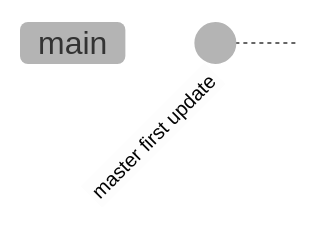
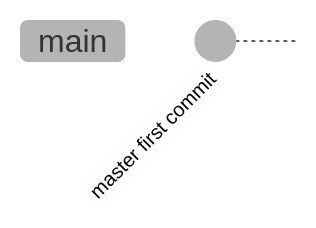
The sixth of 14 diagrams in _posts/software/git/2024-09-24-命令.md (dmjcb/dmjcb.github.io), drawn with Mermaid (neutral theme) before and after one commit. The commit also changed other lines of this file and 165 other files, not shown here.

````diff
--- a/_posts/software/git/2024-09-24-命令.md
+++ b/_posts/software/git/2024-09-24-命令.md
@@ -543,4 +496,4 @@
 ```mermaid
 gitGraph
-    commit id: "master first update"
+    commit id: "master first commit"
 ```
````
